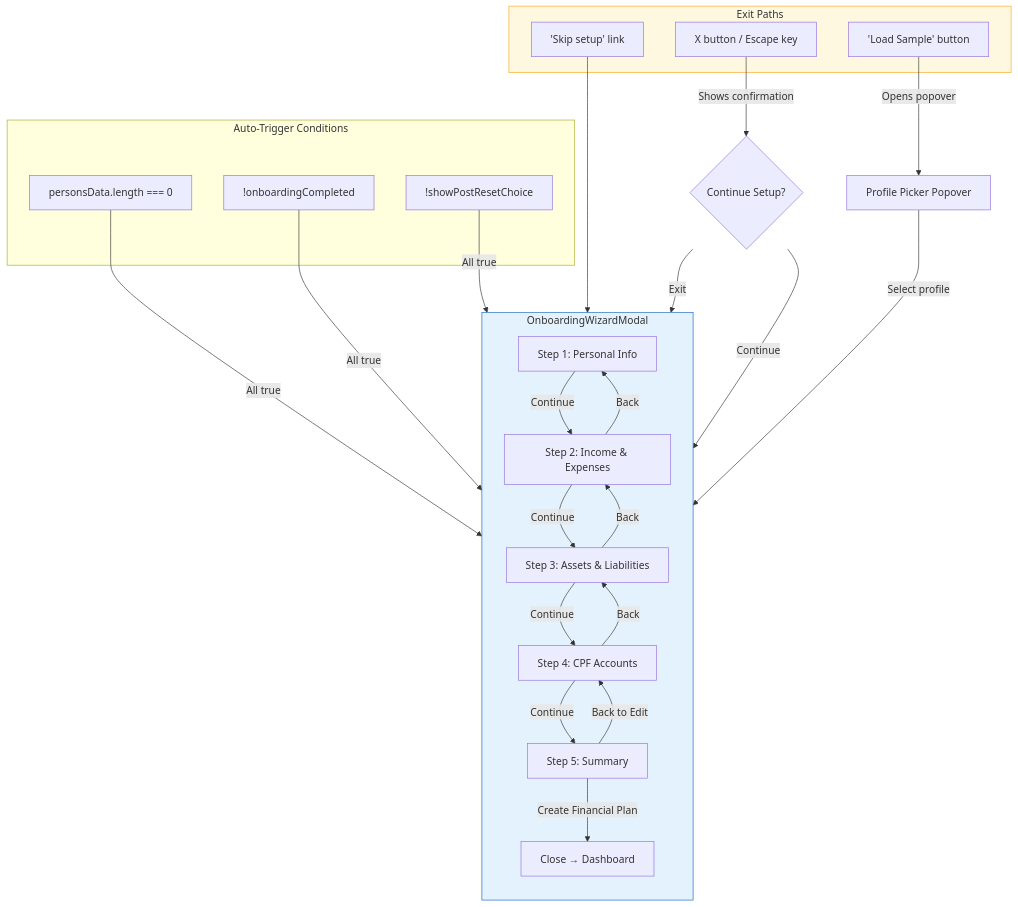
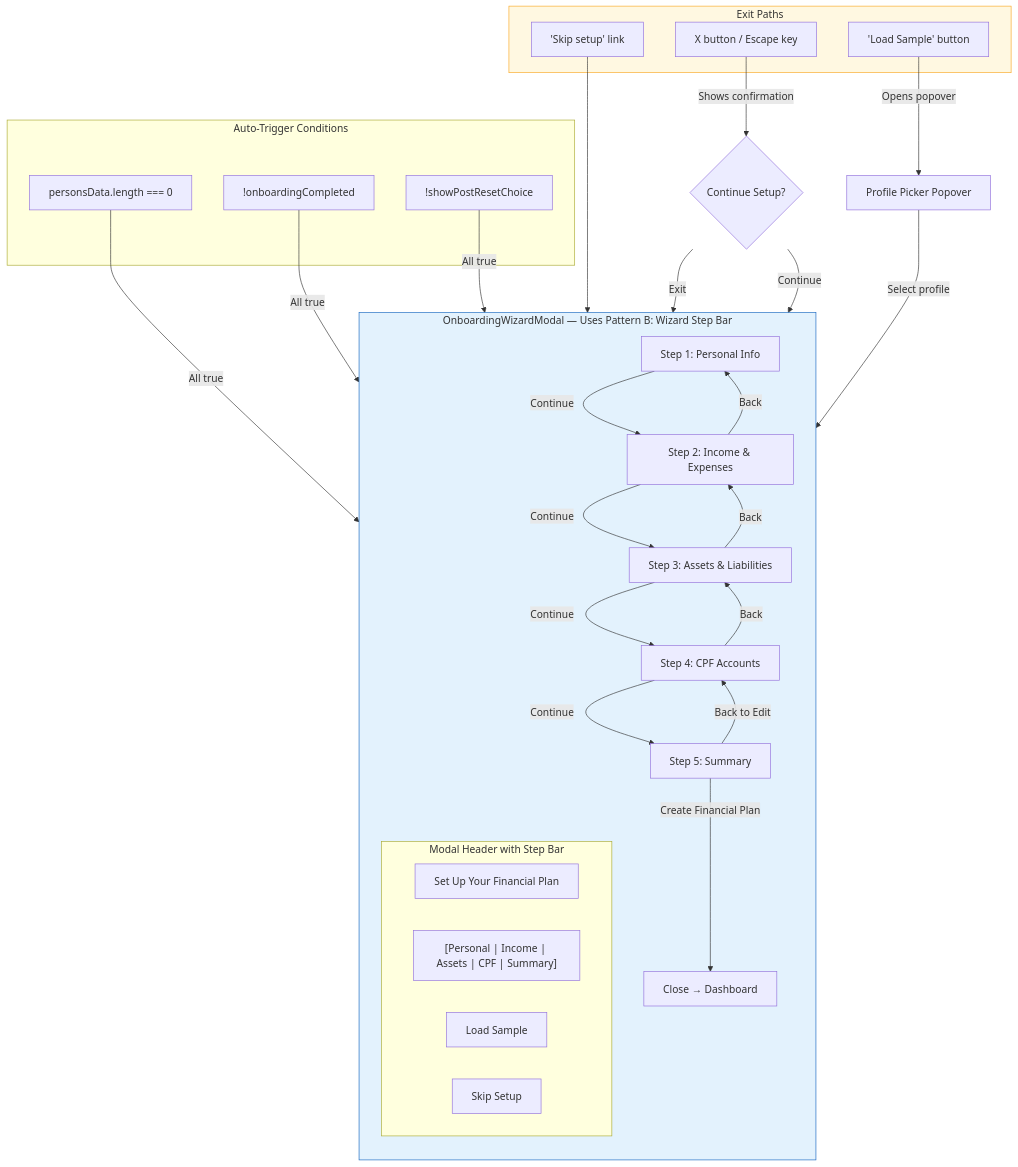
Before and after one commit to jcleow/wealthproject: the eighth of 43 diagrams in spec/assetra-user-journey-interaction-map.md, drawn with Mermaid. The commit also changed other lines of this file and 2 other files, not shown here.

First line of the commit message:
fix: bump modal z-index to z-[200] and document standard nav patterns

````diff
--- a/spec/assetra-user-journey-interaction-map.md
+++ b/spec/assetra-user-journey-interaction-map.md
@@ -204,46 +390,54 @@
 ```mermaid
 flowchart TB
     subgraph TRIGGER["Auto-Trigger Conditions"]
         C1["personsData.length === 0"]
         C2["!onboardingCompleted"]
         C3["!showPostResetChoice"]
     end
 
     C1 & C2 & C3 -->|"All true"| WIZARD
 
-    subgraph WIZARD["OnboardingWizardModal"]
+    subgraph WIZARD["OnboardingWizardModal — Uses Pattern B: Wizard Step Bar"]
         direction TB
+
+        subgraph WIZ_HEADER["Modal Header with Step Bar"]
+            WH_TITLE["Set Up Your Financial Plan"]
+            WH_STEPS["[Personal | Income | Assets | CPF | Summary]"]
+            WH_LOAD["Load Sample"]
+            WH_SKIP["Skip Setup"]
+        end
+
         S1["Step 1: Personal Info"]
         S2["Step 2: Income & Expenses"]
         S3["Step 3: Assets & Liabilities"]
         S4["Step 4: CPF Accounts"]
         S5["Step 5: Summary"]
 
         S1 -->|"Continue"| S2
         S2 -->|"Continue"| S3
         S3 -->|"Continue"| S4
         S4 -->|"Continue"| S5
         S5 -->|"Create Financial Plan"| DONE["Close → Dashboard"]
 
         S2 -->|"Back"| S1
         S3 -->|"Back"| S2
         S4 -->|"Back"| S3
         S5 -->|"Back to Edit"| S4
     end
 
     subgraph ESCAPE["Exit Paths"]
         SKIP["'Skip setup' link"]
         EXIT_X["X button / Escape key"]
         LOAD["'Load Sample' button"]
     end
 
     EXIT_X -->|"Shows confirmation"| CONFIRM{"Continue Setup?"}
     CONFIRM -->|"Continue"| WIZARD
     CONFIRM -->|"Exit"| DONE
     SKIP --> DONE
     LOAD -->|"Opens popover"| PROFILES["Profile Picker Popover"]
     PROFILES -->|"Select profile"| S1
 
     style WIZARD fill:#e3f2fd,stroke:#1565c0
     style ESCAPE fill:#fff8e1,stroke:#f9a825
 ```
````
